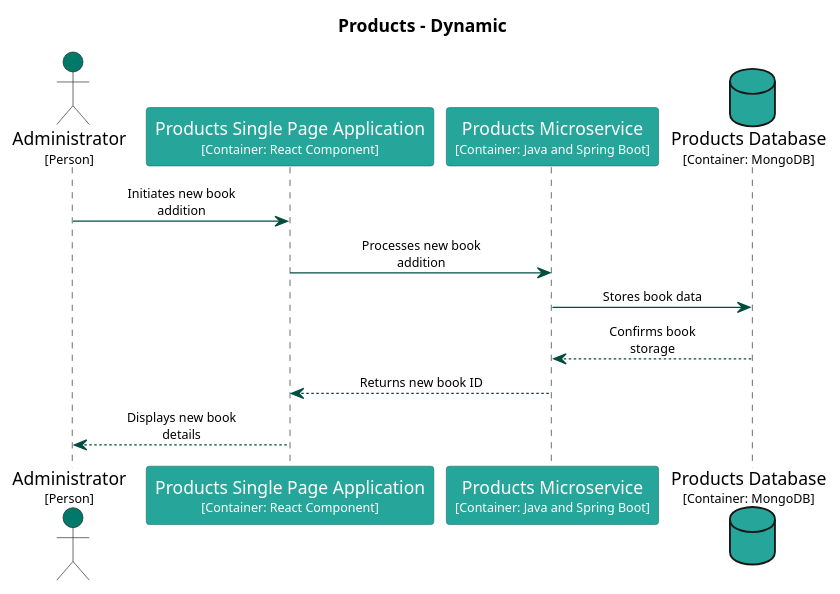
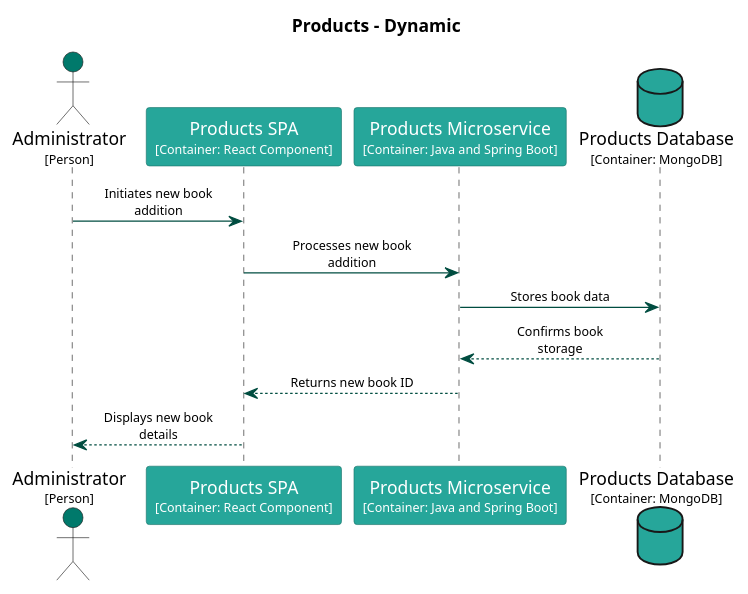
Before and after one commit to Goodmorning918/E-Library-Architecture: the diagram in main/puml/add-book-to-library.puml, drawn with PlantUML. The commit also changed 147 other files, not shown here.

Commit message:
Deploying to gh-pages from @ Goodmorning918/E-Library-Architecture@44f7933ce3b599391c9f964d6f6a5102fbb01043 🚀

```diff
--- a/main/puml/add-book-to-library.puml
+++ b/main/puml/add-book-to-library.puml
@@ -1,49 +1,49 @@
 @startuml
 set separator none
 title Products - Dynamic
 
 skinparam {
   arrowFontSize 10
   defaultTextAlignment center
   wrapWidth 200
   maxMessageSize 100
 }
 
 hide stereotype
 
 skinparam sequenceParticipant<<Administrator>> {
   BackgroundColor #00796b
   FontColor #ffffff
   BorderColor #00544a
   shadowing false
 }
 skinparam sequenceParticipant<<Products.ProductsDatabase>> {
   BackgroundColor #26a69a
   FontColor #ffffff
   BorderColor #1a746b
   shadowing false
 }
 skinparam sequenceParticipant<<Products.ProductsMicroservice>> {
   BackgroundColor #26a69a
   FontColor #ffffff
   BorderColor #1a746b
   shadowing false
 }
-skinparam sequenceParticipant<<Products.ProductsSinglePageApplication>> {
+skinparam sequenceParticipant<<Products.ProductsSPA>> {
   BackgroundColor #26a69a
   FontColor #ffffff
   BorderColor #1a746b
   shadowing false
 }
 
 actor "Administrator\n<size:10>[Person]</size>" as Administrator <<Administrator>> #00796b
-participant "Products Single Page Application\n<size:10>[Container: React Component]</size>" as Products.ProductsSinglePageApplication <<Products.ProductsSinglePageApplication>> #26a69a
+participant "Products SPA\n<size:10>[Container: React Component]</size>" as Products.ProductsSPA <<Products.ProductsSPA>> #26a69a
 participant "Products Microservice\n<size:10>[Container: Java and Spring Boot]</size>" as Products.ProductsMicroservice <<Products.ProductsMicroservice>> #26a69a
 database "Products Database\n<size:10>[Container: MongoDB]</size>" as Products.ProductsDatabase <<Products.ProductsDatabase>> #26a69a
-Administrator -[#004d40]> Products.ProductsSinglePageApplication : Initiates new book addition
-Products.ProductsSinglePageApplication -[#004d40]> Products.ProductsMicroservice : Processes new book addition
+Administrator -[#004d40]> Products.ProductsSPA : Initiates new book addition
+Products.ProductsSPA -[#004d40]> Products.ProductsMicroservice : Processes new book addition
 Products.ProductsMicroservice -[#004d40]> Products.ProductsDatabase : Stores book data
 Products.ProductsMicroservice <-[#004d40]- Products.ProductsDatabase : Confirms book storage
-Products.ProductsSinglePageApplication <-[#004d40]- Products.ProductsMicroservice : Returns new book ID
-Administrator <-[#004d40]- Products.ProductsSinglePageApplication : Displays new book details
+Products.ProductsSPA <-[#004d40]- Products.ProductsMicroservice : Returns new book ID
+Administrator <-[#004d40]- Products.ProductsSPA : Displays new book details
 @enduml
```
